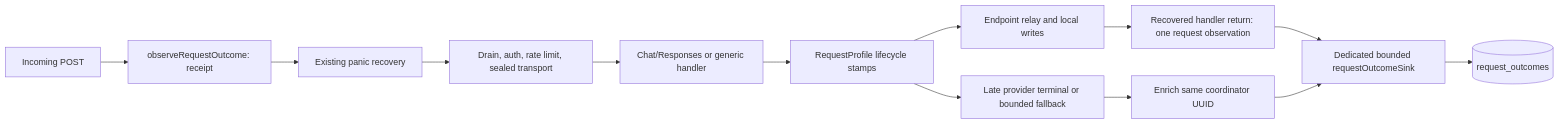
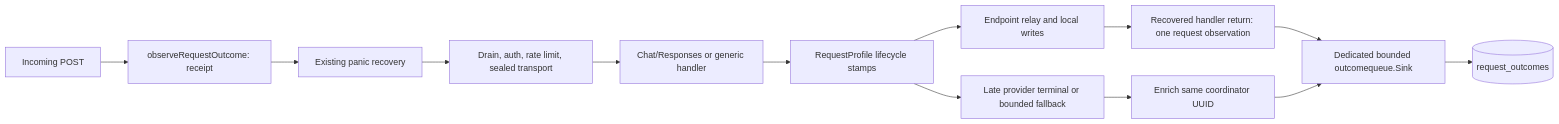
One commit to Layr-Labs/d-inference changed the diagram in docs/architecture/request-accounting.md. Above: the diagram before and after it, drawn with Mermaid. The commit also changed other lines of this file and 8 other files, not shown here.

````diff
--- a/docs/architecture/request-accounting.md
+++ b/docs/architecture/request-accounting.md
@@ -17,15 +17,15 @@
 ```mermaid
 flowchart LR
   HTTP[Incoming POST] --> Observe[observeRequestOutcome: receipt]
   Observe --> Recovery[Existing panic recovery]
   Recovery --> Gates[Drain, auth, rate limit, sealed transport]
   Gates --> Handler[Chat/Responses or generic handler]
   Handler --> Attempts[RequestProfile lifecycle stamps]
   Attempts --> Relay[Endpoint relay and local writes]
   Relay --> Finish[Recovered handler return: one request observation]
   Attempts --> Late[Late provider terminal or bounded fallback]
   Late --> Revision[Enrich same coordinator UUID]
-  Finish --> Sink[Dedicated bounded requestOutcomeSink]
+  Finish --> Sink[Dedicated bounded outcomequeue.Sink]
   Revision --> Sink
   Sink --> Ledger[(request_outcomes)]
 ```
````
